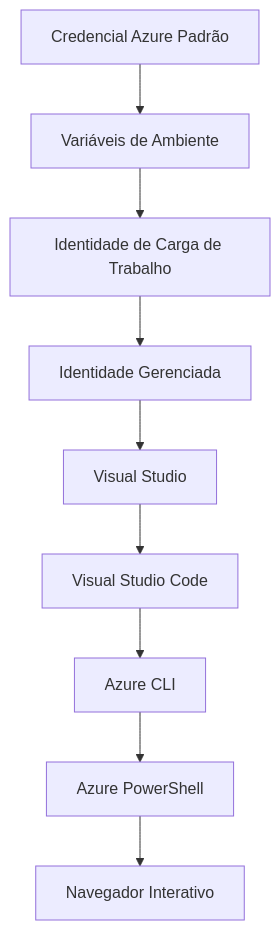
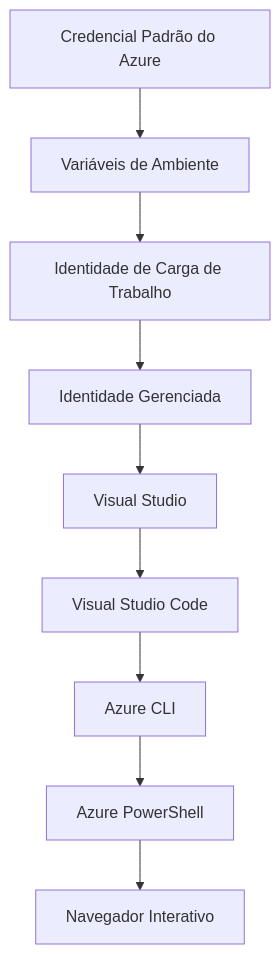
One commit to microsoft/AZD-for-beginners changed the second of 2 diagrams in translations/pt-BR/docs/chapter-01-foundation/azd-basics.md. Above: the diagram before and after it, drawn with Mermaid. The commit also changed other lines of this file and 104 other files, not shown here.

````diff
--- a/translations/pt-BR/docs/chapter-01-foundation/azd-basics.md
+++ b/translations/pt-BR/docs/chapter-01-foundation/azd-basics.md
@@ -593,11 +608,11 @@
 ```mermaid
 graph TD
-    A[Credencial Azure Padrão] --> B[Variáveis de Ambiente]
+    A[Credencial Padrão do Azure] --> B[Variáveis de Ambiente]
     B --> C[Identidade de Carga de Trabalho]
     C --> D[Identidade Gerenciada]
     D --> E[Visual Studio]
     E --> F[Visual Studio Code]
     F --> G[Azure CLI]
     G --> H[Azure PowerShell]
     H --> I[Navegador Interativo]
 ```
````
